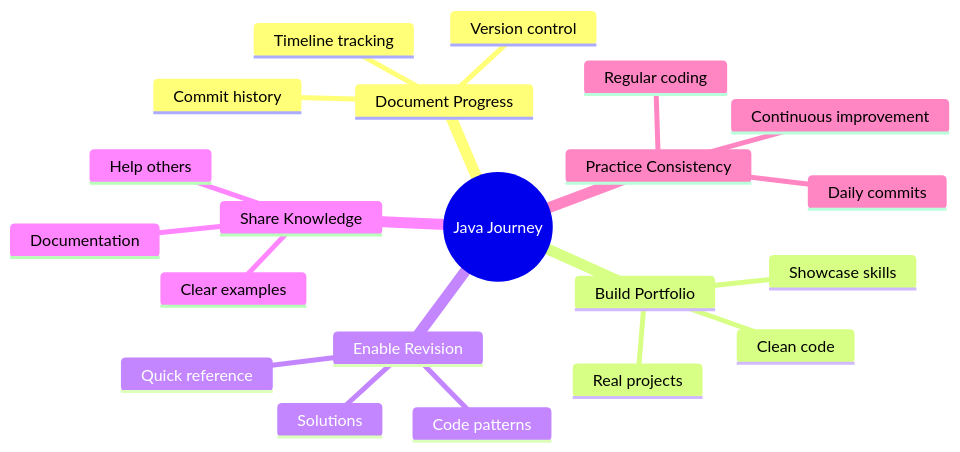
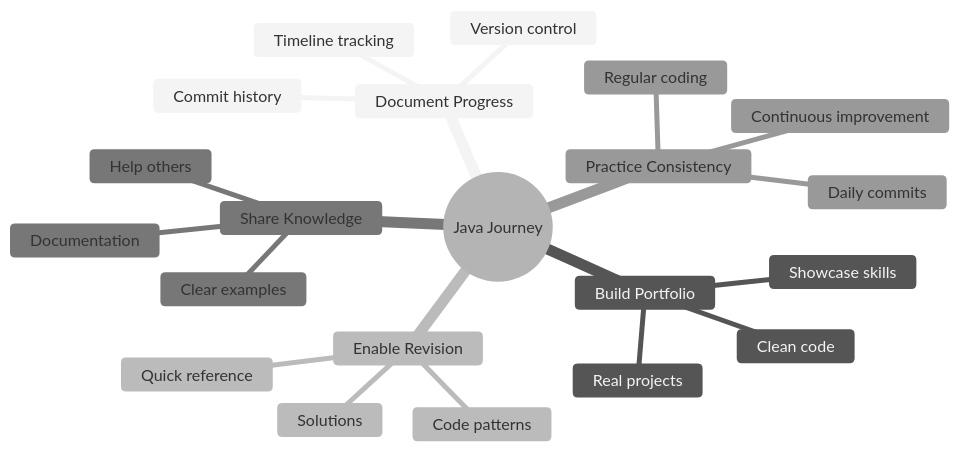
The first of 2 diagrams in README.md (akash0-real/java), drawn with Mermaid before and after one commit. The commit also changed other lines of this file, not shown here.

````diff
--- a/README.md
+++ b/README.md
@@ -82,24 +82,25 @@
 ```mermaid
+%%{init: {'theme': 'neutral'}}%%
 mindmap
   root((Java Journey))
     Document Progress
       Timeline tracking
       Commit history
       Version control
     Build Portfolio
       Showcase skills
       Real projects
       Clean code
     Enable Revision
       Quick reference
       Code patterns
       Solutions
     Share Knowledge
       Help others
       Clear examples
       Documentation
     Practice Consistency
       Regular coding
       Continuous improvement
       Daily commits
 ```
````
